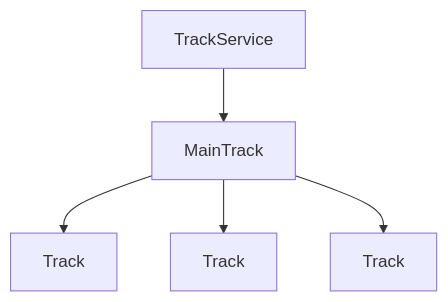
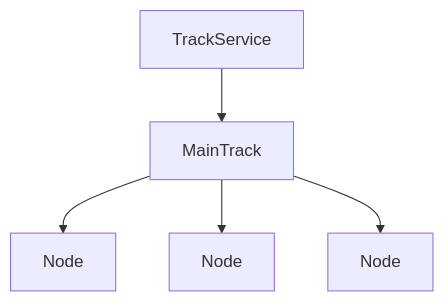
Diagram 17 of 21 in docs/DESIGN_DOC.md (aidan-clyens/miniaudioengine), drawn with Mermaid before and after one commit. The commit also changed other lines of this file, not shown here.

````diff
--- a/docs/DESIGN_DOC.md
+++ b/docs/DESIGN_DOC.md
@@ -791,8 +751,8 @@
 ```mermaid
 graph TD
 
     TrackService --> MainTrack
-    MainTrack --> Track1["Track"]
-    MainTrack --> Track2["Track"]
-    MainTrack --> Track3["Track"]
+    MainTrack --> Track1["Node"]
+    MainTrack --> Track2["Node"]
+    MainTrack --> Track3["Node"]
 ```
````
